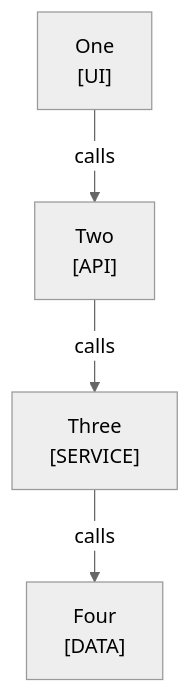
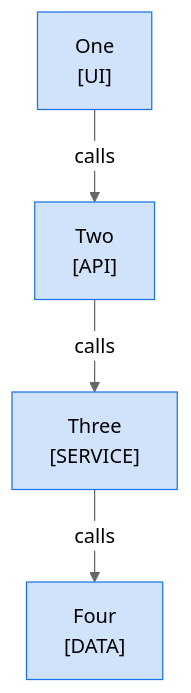
One commit to choonchernlim/skills changed the diagram in skills/docsmith/scripts/fixtures/bad/mmd-lead.md. Above: the diagram before and after it, drawn with Mermaid (neutral theme). The commit also changed other lines of this file and 47 other files, not shown here.

First line of the commit message:
feat(docsmith): require owner colors, sequence owner bands, and docs domain folders

````diff
--- a/skills/docsmith/scripts/fixtures/bad/mmd-lead.md
+++ b/skills/docsmith/scripts/fixtures/bad/mmd-lead.md
@@ -12,6 +12,9 @@
 ```mermaid
 graph TD
   A["One<br/>[UI]"] -->|"calls"| B["Two<br/>[API]"]
   B -->|"calls"| C["Three<br/>[SERVICE]"]
   C -->|"calls"| D["Four<br/>[DATA]"]
+
+  class A,B,C,D own
+  classDef own fill:#1a73e833,stroke:#1a73e8
 ```
````
